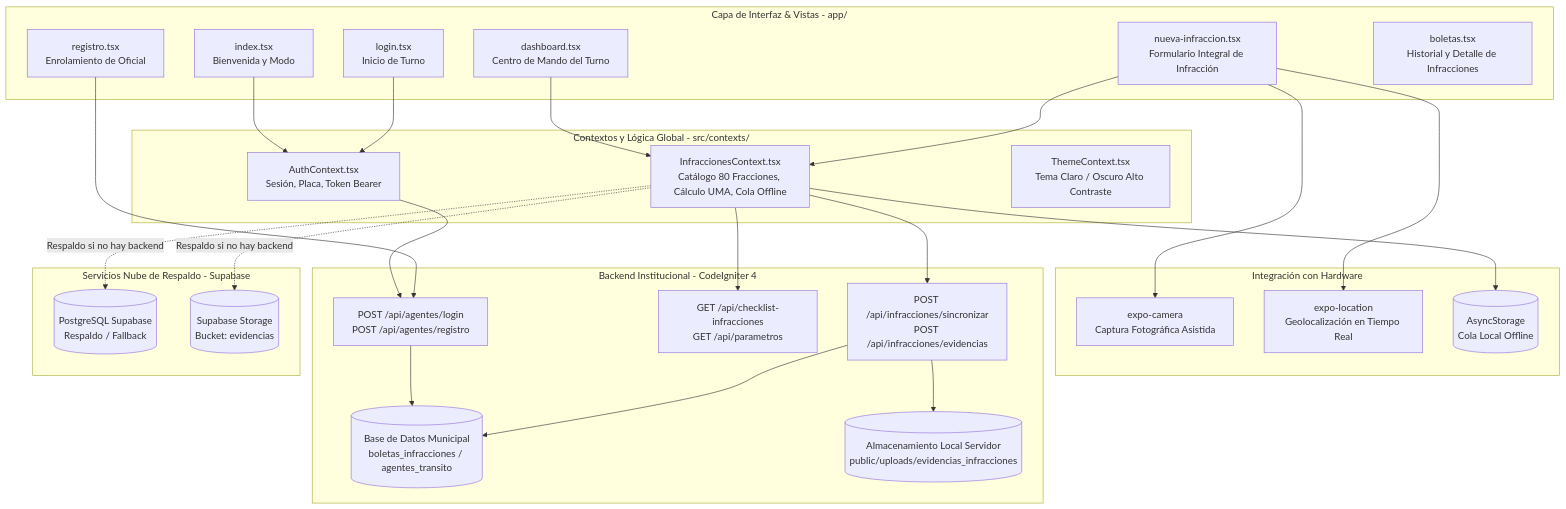
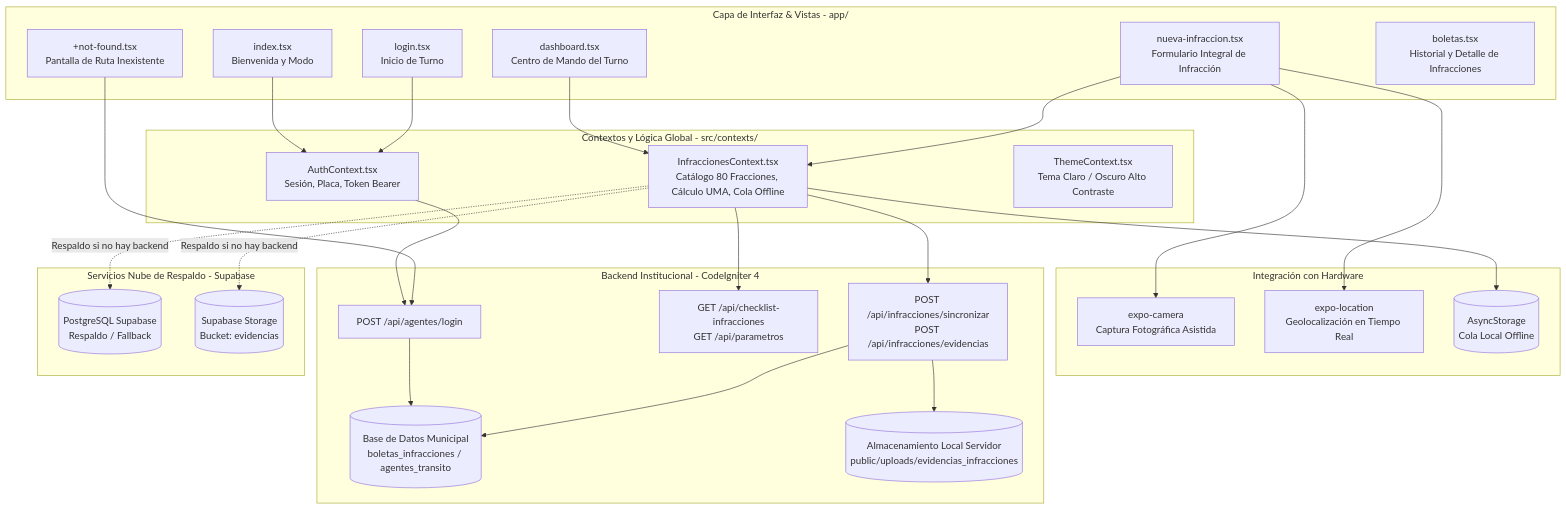
One commit to soportealoraapp/App-Residencias-Ventanilla changed the first of 2 diagrams in DOCUMENTACION_APP_TRANSITO.md. Above: the diagram before and after it, drawn with Mermaid. The commit also changed other lines of this file and 9 other files, not shown here.

````diff
--- a/DOCUMENTACION_APP_TRANSITO.md
+++ b/DOCUMENTACION_APP_TRANSITO.md
@@ -27,53 +27,53 @@
 ```mermaid
 graph TD
     subgraph CAPA_INTERFAZ_USUARIO [Capa de Interfaz & Vistas - app/]
         IDX[index.tsx\nBienvenida y Modo]
         LOG[login.tsx\nInicio de Turno]
-        REG[registro.tsx\nEnrolamiento de Oficial]
+        REG[+not-found.tsx\nPantalla de Ruta Inexistente]
         DASH[dashboard.tsx\nCentro de Mando del Turno]
         NUEV[nueva-infraccion.tsx\nFormulario Integral de Infracción]
         BOL[boletas.tsx\nHistorial y Detalle de Infracciones]
     end
 
     subgraph CAPA_ESTADO_GLOBAL [Contextos y Lógica Global - src/contexts/]
         AUTH_CTX[AuthContext.tsx\nSesión, Placa, Token Bearer]
         INFR_CTX[InfraccionesContext.tsx\nCatálogo 80 Fracciones, Cálculo UMA, Cola Offline]
         THEM_CTX[ThemeContext.tsx\nTema Claro / Oscuro Alto Contraste]
     end
 
     subgraph HARDWARE_Y_SERVICIOS_DISPOSITIVO [Integración con Hardware]
         CAM[expo-camera\nCaptura Fotográfica Asistida]
         GPS[expo-location\nGeolocalización en Tiempo Real]
         ASYNC[(AsyncStorage\nCola Local Offline)]
     end
 
     subgraph BACKEND_MUNICIPAL_CI4 [Backend Institucional - CodeIgniter 4]
-        BACK_AUTH[POST /api/agentes/login\nPOST /api/agentes/registro]
+        BACK_AUTH[POST /api/agentes/login]
         BACK_CAT[GET /api/checklist-infracciones\nGET /api/parametros]
         BACK_SYNC[POST /api/infracciones/sincronizar\nPOST /api/infracciones/evidencias]
         CI4_DB[(Base de Datos Municipal\nboletas_infracciones / agentes_transito)]
         CI4_UPLOADS[(Almacenamiento Local Servidor\npublic/uploads/evidencias_infracciones)]
     end
 
     subgraph NUBE_RESPALDO [Servicios Nube de Respaldo - Supabase]
         SUPA_DB[(PostgreSQL Supabase\nRespaldo / Fallback)]
         SUPA_STG[(Supabase Storage\nBucket: evidencias)]
     end
 
     IDX --> AUTH_CTX
     LOG --> AUTH_CTX
     AUTH_CTX --> BACK_AUTH
     REG --> BACK_AUTH
     DASH --> INFR_CTX
     NUEV --> CAM
     NUEV --> GPS
     NUEV --> INFR_CTX
     INFR_CTX --> ASYNC
     INFR_CTX --> BACK_SYNC
     INFR_CTX --> BACK_CAT
     BACK_AUTH --> CI4_DB
     BACK_SYNC --> CI4_DB
     BACK_SYNC --> CI4_UPLOADS
     INFR_CTX -.->|Respaldo si no hay backend| SUPA_DB
     INFR_CTX -.->|Respaldo si no hay backend| SUPA_STG
 ```
````
